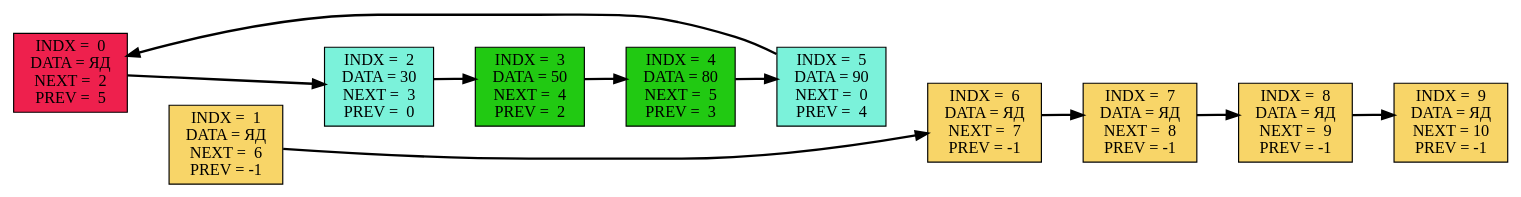
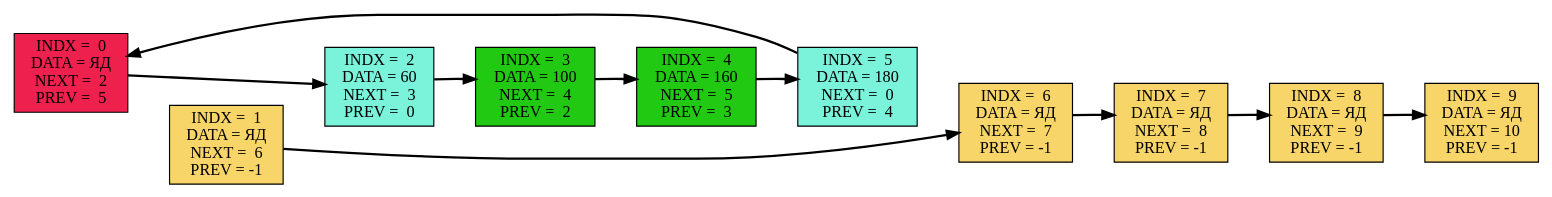
Before and after one commit to ask0later/List: the diagram in Graph.dot, drawn with Graphviz. The commit also changed 8 other files, not shown here.

```diff
--- a/Graph.dot
+++ b/Graph.dot
@@ -1,32 +1,32 @@
 digraph DotGraph
 {
 rankdir=LR;
     Node0 [shape="box", color="black", fontcolor="black", fillcolor="#EE204D", style="filled", weight="1", label="INDX =  0\nDATA = ЯД\nNEXT =  2\nPREV =  5"];
     Node1 [shape="box", color="black", fontcolor="black", fillcolor="#F8D568", style="filled", weight="1", label="INDX =  1\nDATA = ЯД\nNEXT =  6\nPREV = -1"];
-    Node2 [shape="box", color="black", fontcolor="black", fillcolor="#7BF2DA", style="filled", weight="1", label="INDX =  2\nDATA = 30\nNEXT =  3\nPREV =  0"];
-    Node3 [shape="box", color="black", fontcolor="black", fillcolor="#21C912", style="filled", weight="1", label="INDX =  3\nDATA = 50\nNEXT =  4\nPREV =  2"];
-    Node4 [shape="box", color="black", fontcolor="black", fillcolor="#21C912", style="filled", weight="1", label="INDX =  4\nDATA = 80\nNEXT =  5\nPREV =  3"];
-    Node5 [shape="box", color="black", fontcolor="black", fillcolor="#7BF2DA", style="filled", weight="1", label="INDX =  5\nDATA = 90\nNEXT =  0\nPREV =  4"];
+    Node2 [shape="box", color="black", fontcolor="black", fillcolor="#7BF2DA", style="filled", weight="1", label="INDX =  2\nDATA = 60\nNEXT =  3\nPREV =  0"];
+    Node3 [shape="box", color="black", fontcolor="black", fillcolor="#21C912", style="filled", weight="1", label="INDX =  3\nDATA = 100\nNEXT =  4\nPREV =  2"];
+    Node4 [shape="box", color="black", fontcolor="black", fillcolor="#21C912", style="filled", weight="1", label="INDX =  4\nDATA = 160\nNEXT =  5\nPREV =  3"];
+    Node5 [shape="box", color="black", fontcolor="black", fillcolor="#7BF2DA", style="filled", weight="1", label="INDX =  5\nDATA = 180\nNEXT =  0\nPREV =  4"];
     Node6 [shape="box", color="black", fontcolor="black", fillcolor="#F8D568", style="filled", weight="1", label="INDX =  6\nDATA = ЯД\nNEXT =  7\nPREV = -1"];
     Node7 [shape="box", color="black", fontcolor="black", fillcolor="#F8D568", style="filled", weight="1", label="INDX =  7\nDATA = ЯД\nNEXT =  8\nPREV = -1"];
     Node8 [shape="box", color="black", fontcolor="black", fillcolor="#F8D568", style="filled", weight="1", label="INDX =  8\nDATA = ЯД\nNEXT =  9\nPREV = -1"];
     Node9 [shape="box", color="black", fontcolor="black", fillcolor="#F8D568", style="filled", weight="1", label="INDX =  9\nDATA = ЯД\nNEXT = 10\nPREV = -1"];
     Node0 -> Node1 [color="#FFFFFF", style="invis", weight="1", label=""];
     Node1 -> Node2 [color="#FFFFFF", style="invis", weight="1", label=""];
     Node2 -> Node3 [color="#FFFFFF", style="invis", weight="1", label=""];
     Node3 -> Node4 [color="#FFFFFF", style="invis", weight="1", label=""];
     Node4 -> Node5 [color="#FFFFFF", style="invis", weight="1", label=""];
     Node5 -> Node6 [color="#FFFFFF", style="invis", weight="1", label=""];
     Node6 -> Node7 [color="#FFFFFF", style="invis", weight="1", label=""];
     Node7 -> Node8 [color="#FFFFFF", style="invis", weight="1", label=""];
     Node8 -> Node9 [color="#FFFFFF", style="invis", weight="1", label=""];
     Node0 -> Node2 [color="#000000", style="bold", weight="1", label=""];
     Node1 -> Node6 [color="#000000", style="bold", weight="1", label=""];
     Node2 -> Node3 [color="#000000", style="bold", weight="1", label=""];
     Node3 -> Node4 [color="#000000", style="bold", weight="1", label=""];
     Node4 -> Node5 [color="#000000", style="bold", weight="1", label=""];
     Node5 -> Node0 [color="#000000", style="bold", weight="1", label=""];
     Node6 -> Node7 [color="#000000", style="bold", weight="1", label=""];
     Node7 -> Node8 [color="#000000", style="bold", weight="1", label=""];
     Node8 -> Node9 [color="#000000", style="bold", weight="1", label=""];
 }
```
